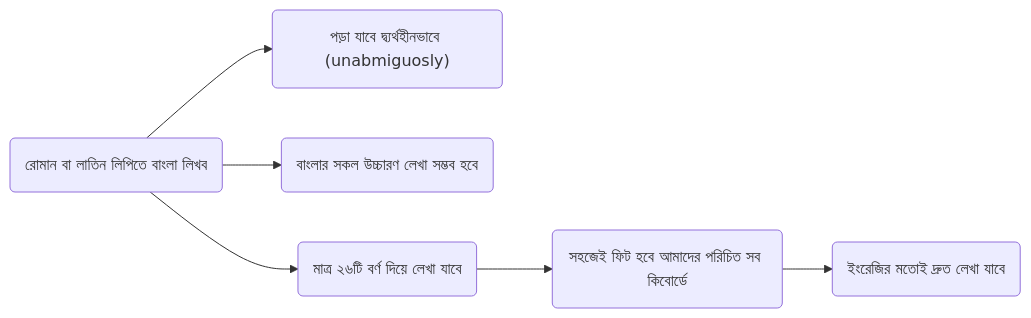
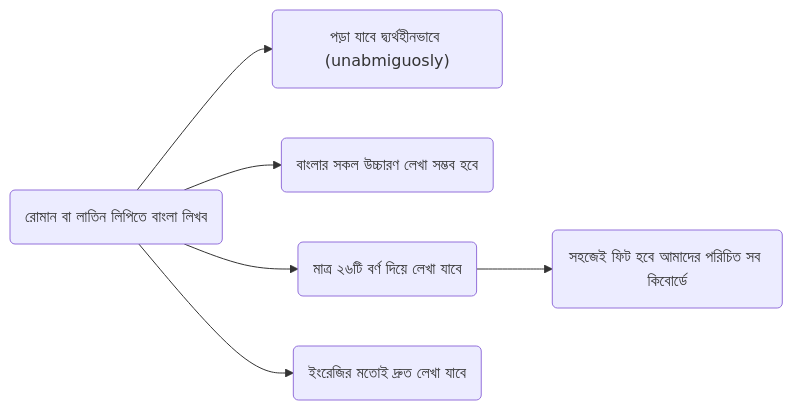
The first of 2 diagrams in README.md (KhiproKeyboard/shorolipi), drawn with Mermaid before and after one commit. The commit also changed other lines of this file, not shown here.

````diff
--- a/README.md
+++ b/README.md
@@ -5,7 +5,7 @@
 ```mermaid
 flowchart LR
     A("রোমান বা লাতিন লিপিতে বাংলা লিখব")  --> B("পড়া যাবে দ্ব্যর্থহীনভাবে (unabmiguosly)")
     A --> E("বাংলার সকল উচ্চারণ লেখা সম্ভব হবে")
     A --> C("মাত্র ২৬টি বর্ণ দিয়ে লেখা যাবে") --> D("সহজেই ফিট হবে আমাদের পরিচিত সব কিবোর্ডে")
-    D --> F("ইংরেজির মতোই দ্রুত লেখা যাবে")
+    A --> F("ইংরেজির মতোই দ্রুত লেখা যাবে")
 ```
````
